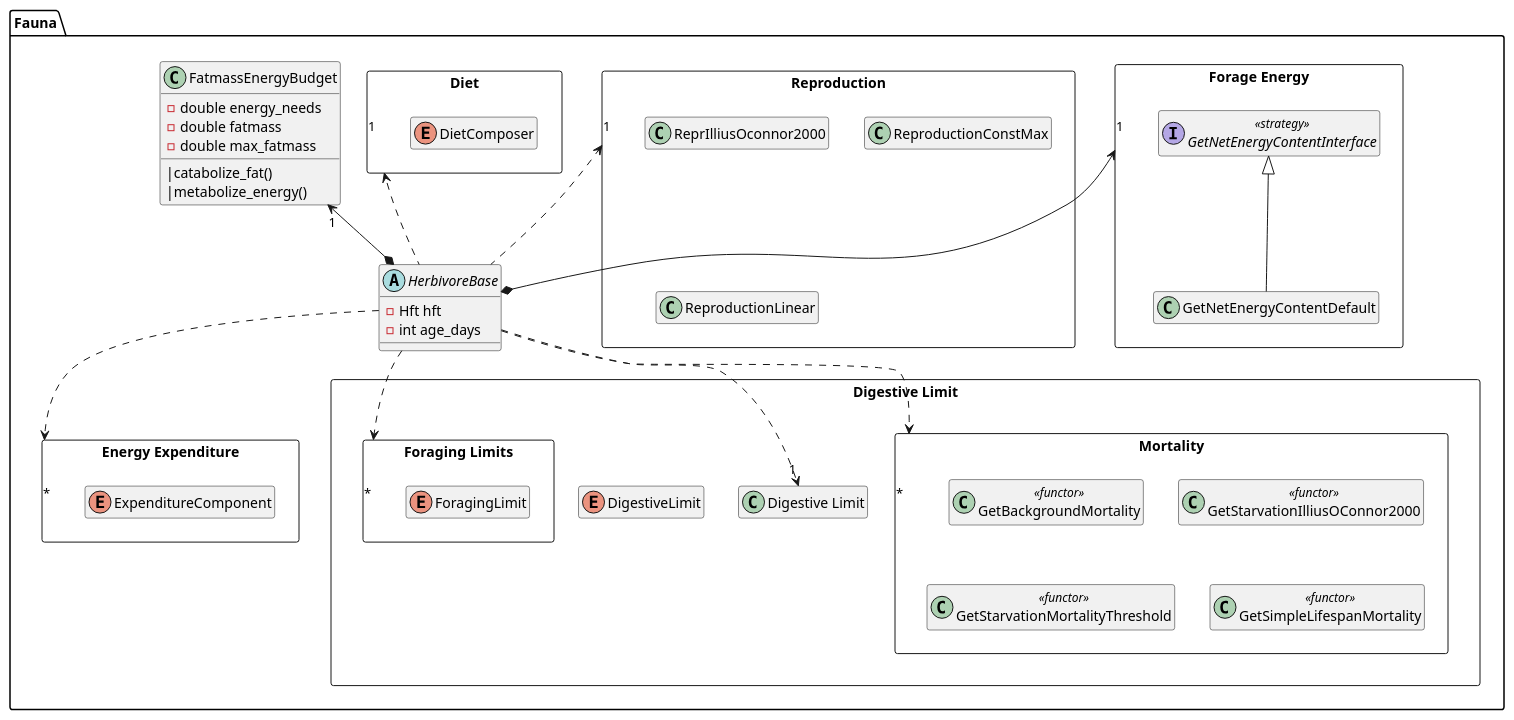
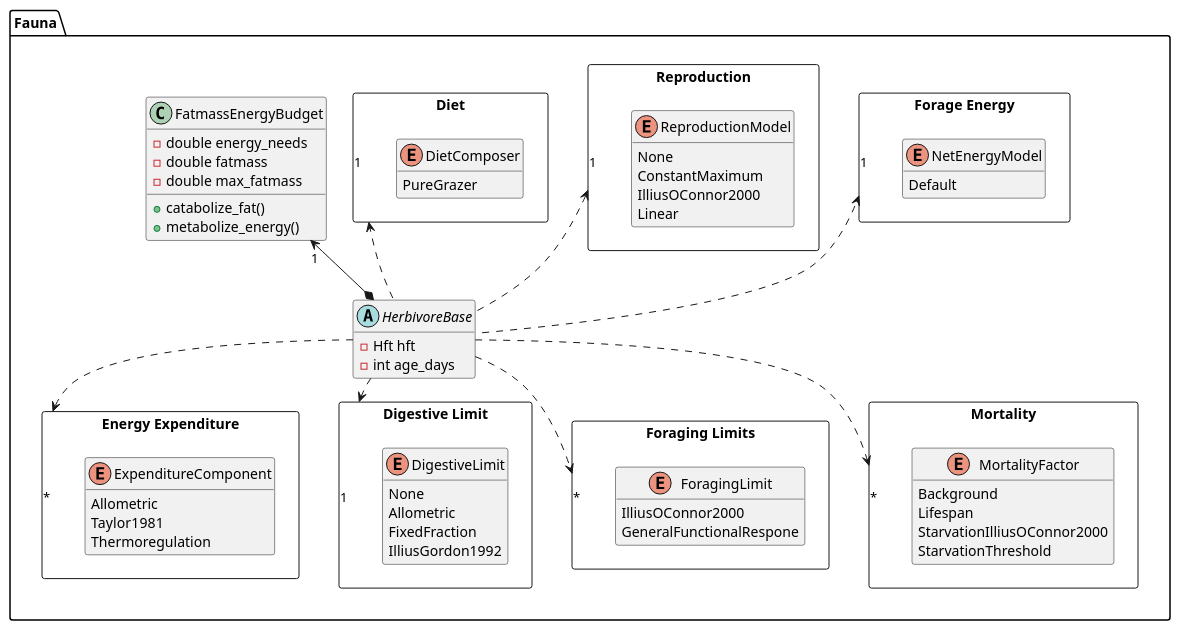
The sixth of 21 diagrams in docs/diagrams.iuml (wtraylor/modular_megafauna_model), drawn with PlantUML before and after one commit. The commit also changed 5 other files, not shown here.

```diff
--- a/docs/diagrams.iuml
+++ b/docs/diagrams.iuml
@@ -105,68 +105,72 @@
 @startuml (id=herbivorebase_compartments)
-	hide members
 	hide methods
 	namespace Fauna{
 	abstract HerbivoreBase{
 		-Hft hft
 		-int age_days
 	}
-	show HerbivoreBase members
 	class FatmassEnergyBudget{
-		|catabolize_fat()
-		|metabolize_energy()
+		+catabolize_fat()
+		+metabolize_energy()
 		-double energy_needs
 		-double fatmass
 		-double max_fatmass
 	}
-	show FatmassEnergyBudget members
 	show FatmassEnergyBudget methods
 	HerbivoreBase *-up-> "1" FatmassEnergyBudget
 	package "Forage Energy" <<rectangle>> {
-		interface GetNetEnergyContentInterface <<strategy>>
-		GetNetEnergyContentInterface <|-- GetNetEnergyContentDefault
+    enum NetEnergyModel{
+      Default
+    }
 	}
-	HerbivoreBase *-up-> "1" "Forage Energy"
+	HerbivoreBase .up.> "1" "Forage Energy"
 	package "Reproduction" <<rectangle>> {
-    class ReprIlliusOconnor2000
-    class ReproductionConstMax
-    class ReproductionLinear
+    enum ReproductionModel{
+      None
+      ConstantMaximum
+      IlliusOConnor2000
+      Linear
+    }
 	}
 	HerbivoreBase .up.> "1" "Reproduction"
 	package "Diet" <<rectangle>> {
 		enum DietComposer{
-		  DC_PURE_GRAZER
+      PureGrazer
 		}
 	}
 	HerbivoreBase  .up.> "1" "Diet"
 	package "Energy Expenditure" <<rectangle>>  {
     enum ExpenditureComponent{
-      EC_ALLOMETRIC,
-      EC_TAYLOR_1981,
-      EC_THERMOREGULATION
+      Allometric
+      Taylor1981
+      Thermoregulation
     }
 	}
 	HerbivoreBase  ..> "*" "Energy Expenditure"
     package "Digestive Limit" <<rectangle>>  {
     enum DigestiveLimit{
-      DL_NONE,
-      DL_ALLOMETRIC,
-      DL_FIXED_FRACTION,
-      DL_ILLIUS_GORDON_1992
+      None
+      Allometric
+      FixedFraction
+      IlliusGordon1992
     }
+  }
   HerbivoreBase  ..> "1" "Digestive Limit"
 	package "Foraging Limits" <<rectangle>>  {
     enum ForagingLimit{
-      FL_ILLIUS_OCONNOR_2000
-      FL_GENERAL_FUNCTIONAL_RESPONSE
+      IlliusOConnor2000
+      GeneralFunctionalRespone
     }
 	}
 	HerbivoreBase  ..> "*" "Foraging Limits"
 	package "Mortality" <<rectangle>> {
-		class GetBackgroundMortality           <<functor>>
-		class GetStarvationIlliusOConnor2000 <<functor>>
-		class GetStarvationMortalityThreshold  <<functor>>
-		class GetSimpleLifespanMortality       <<functor>>
+    enum MortalityFactor{
+      Background
+      Lifespan
+      StarvationIlliusOConnor2000
+      StarvationThreshold
+    }
 	}
 	HerbivoreBase ..> "*" "Mortality"
 	}
 @enduml
```
